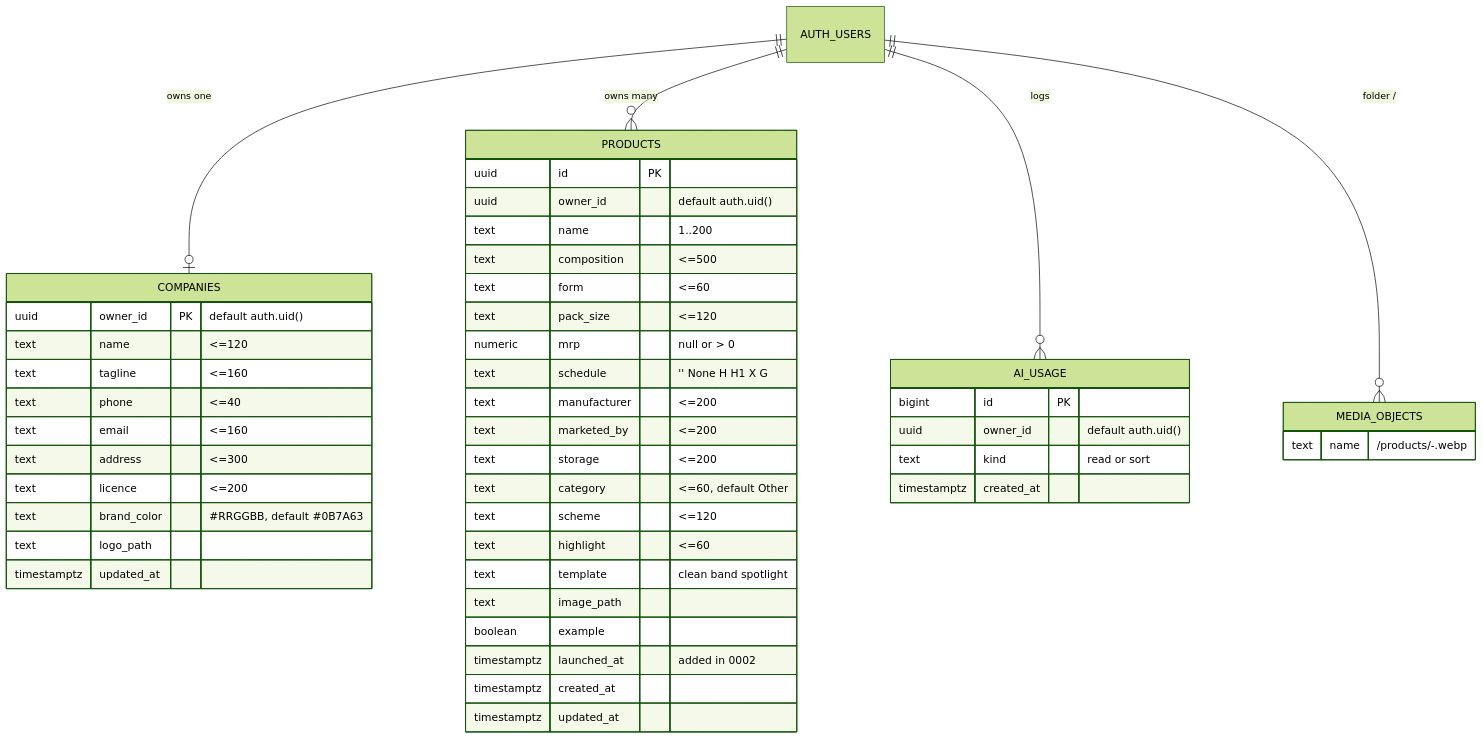
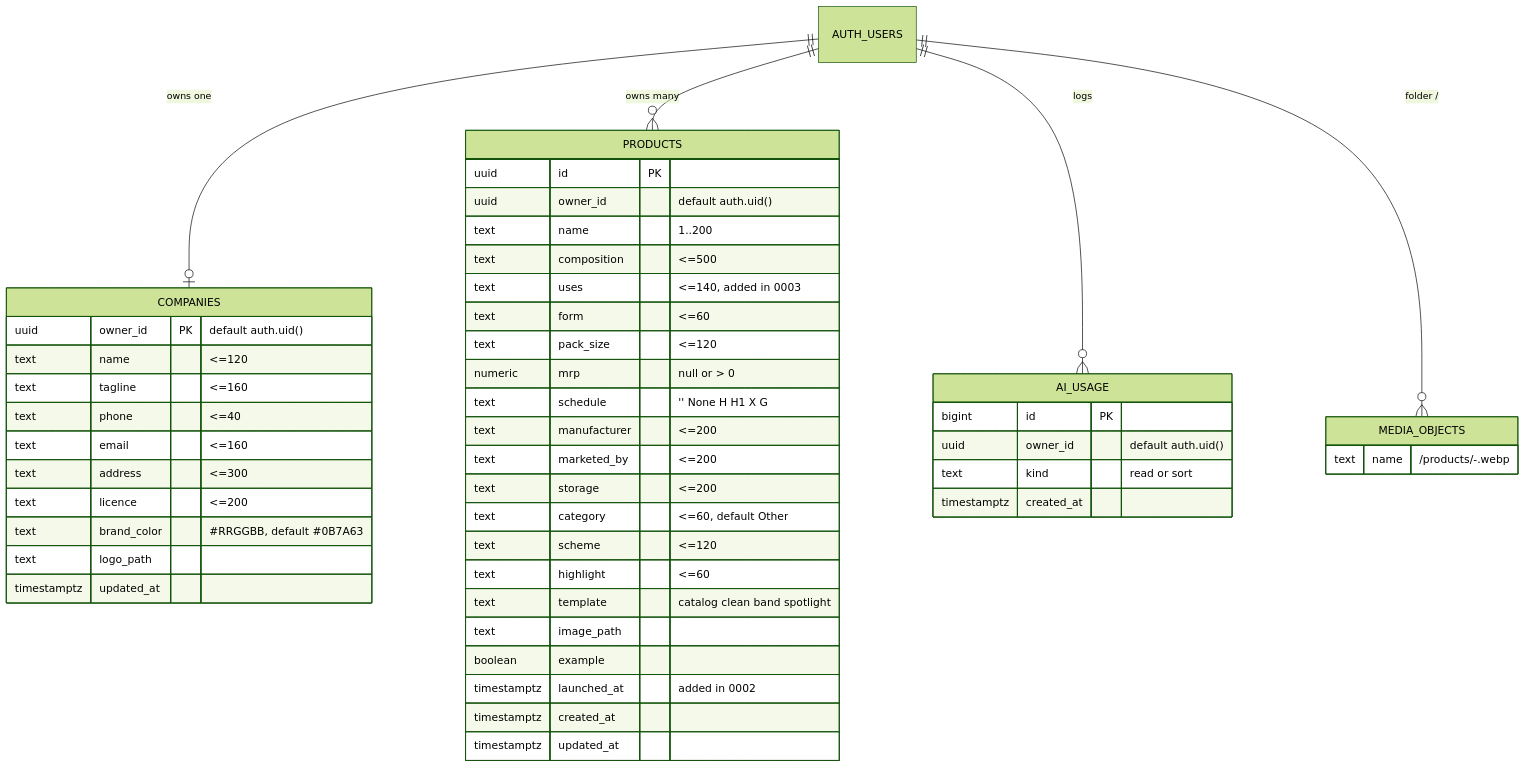
The second of 3 diagrams in docs/ARCHITECTURE.md (kollanaveen-ctrl/dawakraft), drawn with Mermaid (forest theme) before and after one commit. The commit also changed other lines of this file and 39 other files, not shown here.

````diff
--- a/docs/ARCHITECTURE.md
+++ b/docs/ARCHITECTURE.md
@@ -131,51 +132,52 @@
 ```mermaid
 erDiagram
   AUTH_USERS ||--o| COMPANIES : "owns one"
   AUTH_USERS ||--o{ PRODUCTS : "owns many"
   AUTH_USERS ||--o{ AI_USAGE : "logs"
   AUTH_USERS ||--o{ MEDIA_OBJECTS : "folder <user id>/"
 
   COMPANIES {
     uuid owner_id PK "default auth.uid()"
     text name "<=120"
     text tagline "<=160"
     text phone "<=40"
     text email "<=160"
     text address "<=300"
     text licence "<=200"
     text brand_color "#RRGGBB, default #0B7A63"
     text logo_path
     timestamptz updated_at
   }
   PRODUCTS {
     uuid id PK
     uuid owner_id "default auth.uid()"
     text name "1..200"
     text composition "<=500"
+    text uses "<=140, added in 0003"
     text form "<=60"
     text pack_size "<=120"
     numeric mrp "null or > 0"
     text schedule "'' None H H1 X G"
     text manufacturer "<=200"
     text marketed_by "<=200"
     text storage "<=200"
     text category "<=60, default Other"
     text scheme "<=120"
     text highlight "<=60"
-    text template "clean band spotlight"
+    text template "catalog clean band spotlight"
     text image_path
     boolean example
     timestamptz launched_at "added in 0002"
     timestamptz created_at
     timestamptz updated_at
   }
   AI_USAGE {
     bigint id PK
     uuid owner_id "default auth.uid()"
     text kind "read or sort"
     timestamptz created_at
   }
   MEDIA_OBJECTS {
     text name "<user id>/products/<id>-<time>.webp"
   }
 ```
````
